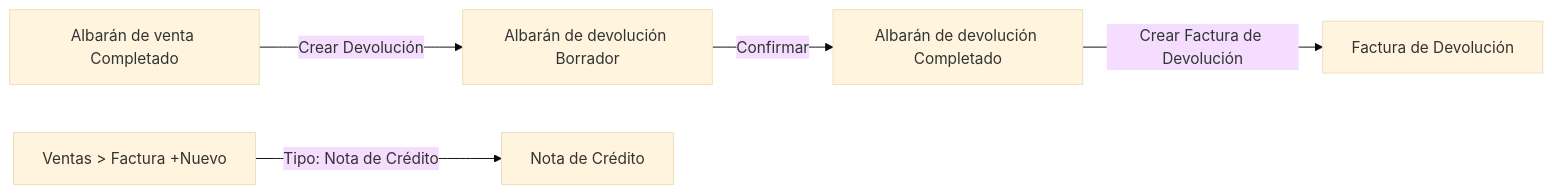
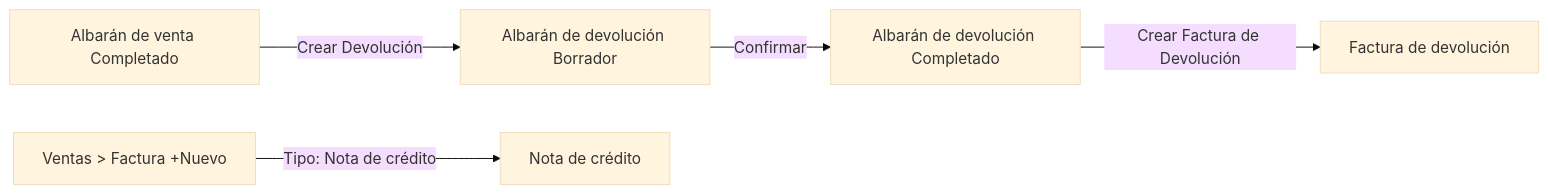
Before and after one commit to etendosoftware/etendo-go-docs: the diagram in docs/es/comercial/ventas/crear-y-gestionar-devoluciones/crear-y-gestionar-devoluciones.md, drawn with Mermaid (base theme). The commit also changed other lines of this file and 56 other files, not shown here.

````diff
--- a/docs/es/comercial/ventas/crear-y-gestionar-devoluciones/crear-y-gestionar-devoluciones.md
+++ b/docs/es/comercial/ventas/crear-y-gestionar-devoluciones/crear-y-gestionar-devoluciones.md
@@ -20,7 +23,7 @@
 ```mermaid
 flowchart LR
   A[Albarán de venta Completado] -->|Crear Devolución| B[Albarán de devolución Borrador]
   B -->|Confirmar| C[Albarán de devolución Completado]
-  C -->|Crear Factura de Devolución| D[Factura de Devolución]
-  E[Ventas > Factura +Nuevo] -->|Tipo: Nota de Crédito| F[Nota de Crédito]
+  C -->|Crear Factura de Devolución| D[Factura de devolución]
+  E[Ventas > Factura +Nuevo] -->|Tipo: Nota de crédito| F[Nota de crédito]
 ```
````
